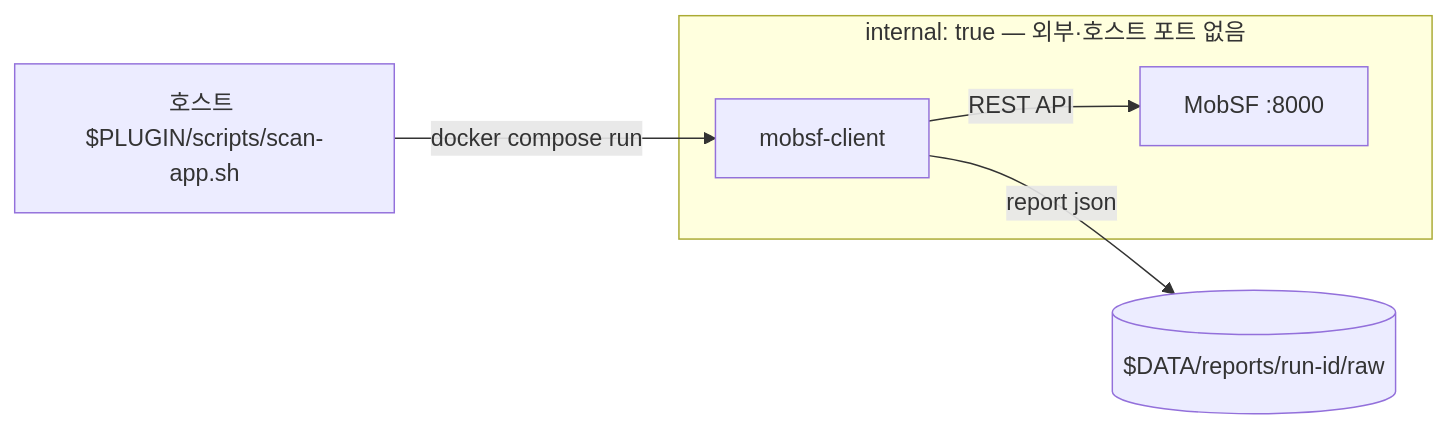
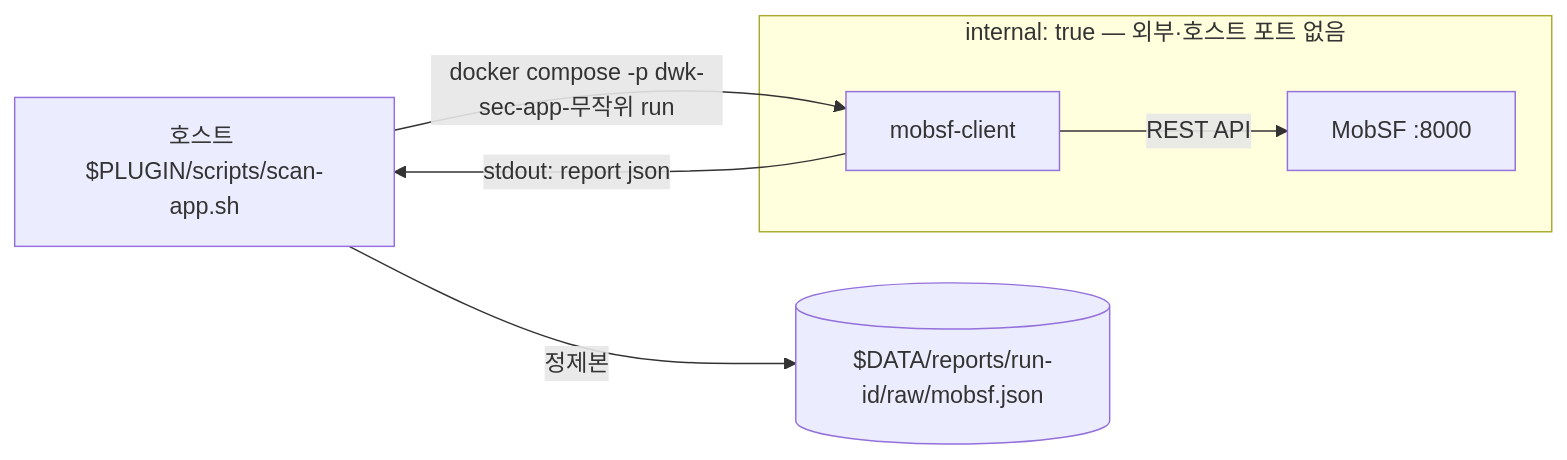
Before and after one commit to wnsgur9137/dev-workflow-kit: the diagram in docs/security/02 도구/MobSF.md, drawn with Mermaid. The commit also changed other lines of this file and 15 other files, not shown here.

First line of the commit message:
docs: scan-app 구현 내용과 MobSF 실측 결과를 설계 문서·README 에 반영하고 security 0.8.0

````diff
--- a/docs/security/02 도구/MobSF.md
+++ b/docs/security/02 도구/MobSF.md
@@ -20,10 +23,11 @@
 ```mermaid
 flowchart LR
-    H[호스트 $PLUGIN/scripts/scan-app.sh] -->|docker compose run| C[mobsf-client]
+    H[호스트 $PLUGIN/scripts/scan-app.sh] -->|docker compose -p dwk-sec-app-무작위 run| C[mobsf-client]
     C -->|REST API| M[MobSF :8000]
     subgraph scan-internal [internal: true — 외부·호스트 포트 없음]
       C
       M
     end
-    C -->|report json| R[($DATA/reports/run-id/raw)]
+    C -->|stdout: report json| H
+    H -->|정제본| R[($DATA/reports/run-id/raw/mobsf.json)]
 ```
````
